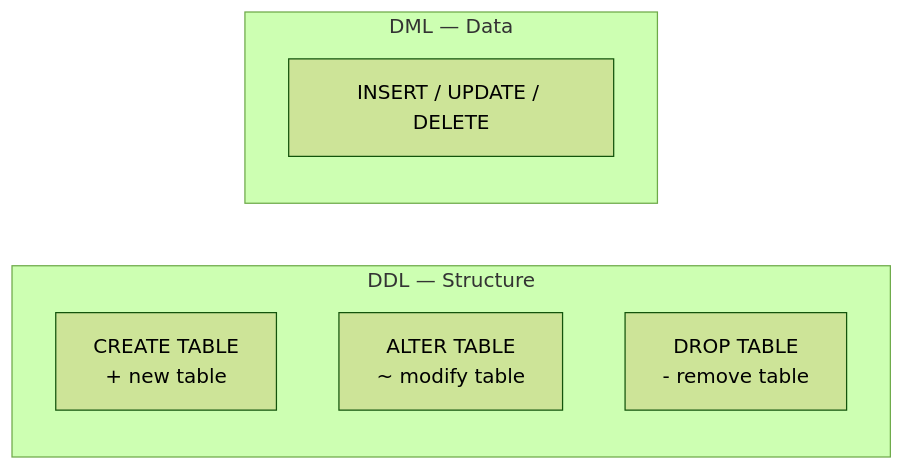
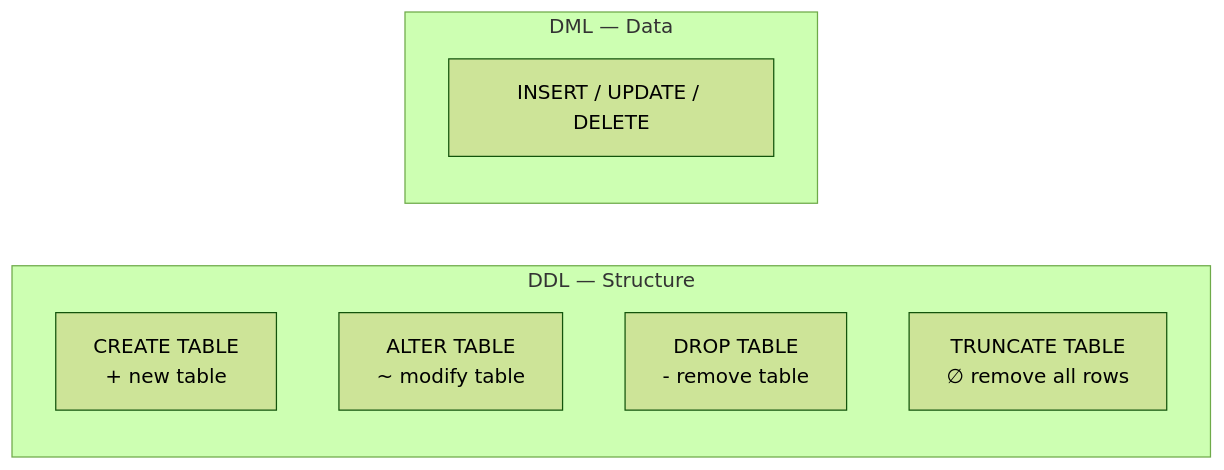
The diagram in docs/en/intermediate/15-ddl.md (civilian7/sql-tutorial), drawn with Mermaid (forest theme) before and after one commit. The commit also changed other lines of this file and 73 other files, not shown here.

First line of the commit message:
v2.2: 25 lessons, 242 exercises, new chapters + SVG diagrams

````diff
--- a/docs/en/intermediate/15-ddl.md
+++ b/docs/en/intermediate/15-ddl.md
@@ -5,11 +5,12 @@
 ```mermaid
 flowchart LR
     subgraph "DDL — Structure"
         C["CREATE TABLE\n+ new table"]
         A["ALTER TABLE\n~ modify table"]
         D["DROP TABLE\n- remove table"]
+        T["TRUNCATE TABLE\n∅ remove all rows"]
     end
     subgraph "DML — Data"
         I["INSERT / UPDATE / DELETE"]
     end
 ```
````
